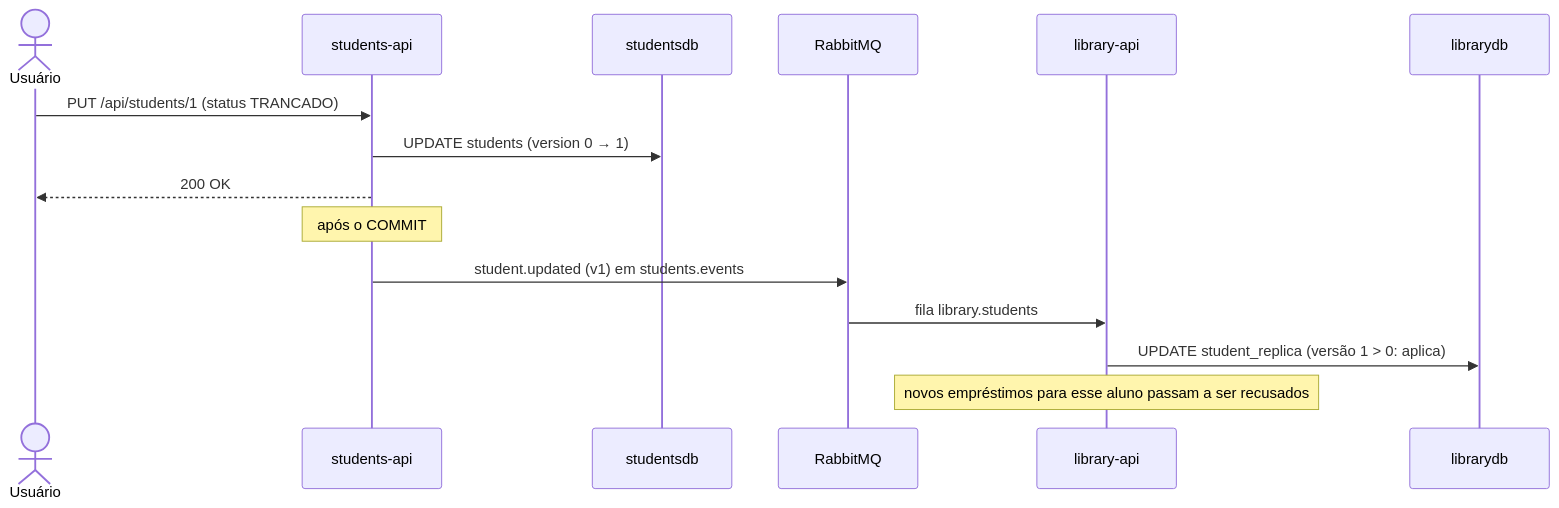
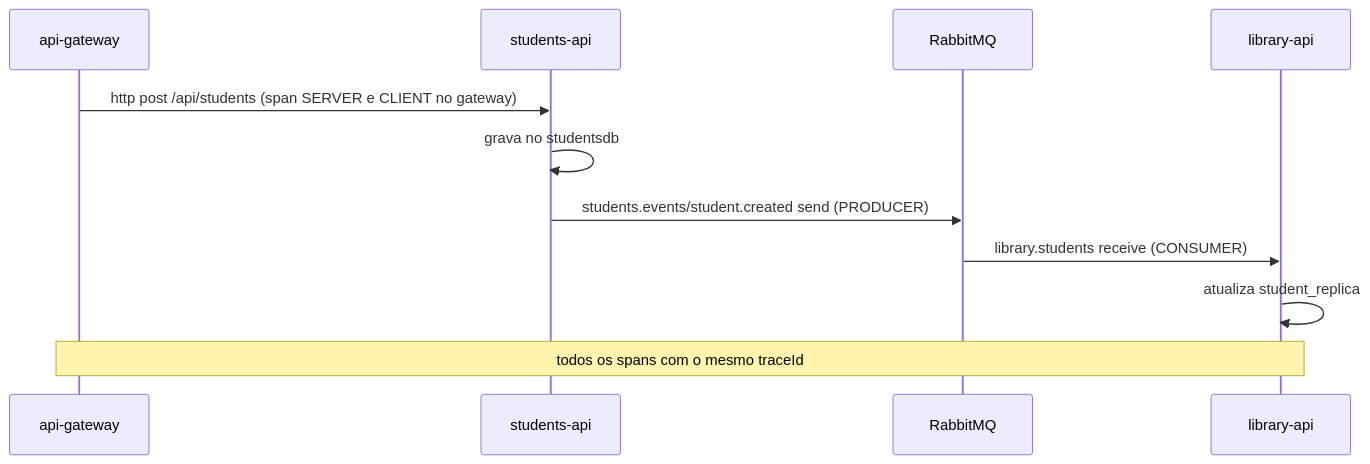
The second of 3 diagrams in README.md (gustacassel/gustavo_cassel_PB_TP5), drawn with Mermaid before and after one commit. The commit also changed other lines of this file and 6 other files, not shown here.

Commit message:
Document TP5 architecture, deployment, monitoring and CI/CD

````diff
--- a/README.md
+++ b/README.md
@@ -187,18 +225,13 @@
 ```mermaid
 sequenceDiagram
-    actor U as Usuário
-    participant S as students-api
-    participant DB1 as studentsdb
-    participant R as RabbitMQ
-    participant L as library-api
-    participant DB2 as librarydb
-
-    U->>S: PUT /api/students/1 (status TRANCADO)
-    S->>DB1: UPDATE students (version 0 → 1)
-    S-->>U: 200 OK
-    Note over S: após o COMMIT
-    S->>R: student.updated (v1) em students.events
-    R->>L: fila library.students
-    L->>DB2: UPDATE student_replica (versão 1 > 0: aplica)
-    Note over L: novos empréstimos para esse aluno passam a ser recusados
+    participant GW as api-gateway
+    participant SA as students-api
+    participant MQ as RabbitMQ
+    participant LA as library-api
+    GW->>SA: http post /api/students (span SERVER e CLIENT no gateway)
+    SA->>SA: grava no studentsdb
+    SA->>MQ: students.events/student.created send (PRODUCER)
+    MQ->>LA: library.students receive (CONSUMER)
+    LA->>LA: atualiza student_replica
+    Note over GW,LA: todos os spans com o mesmo traceId
 ```
````
